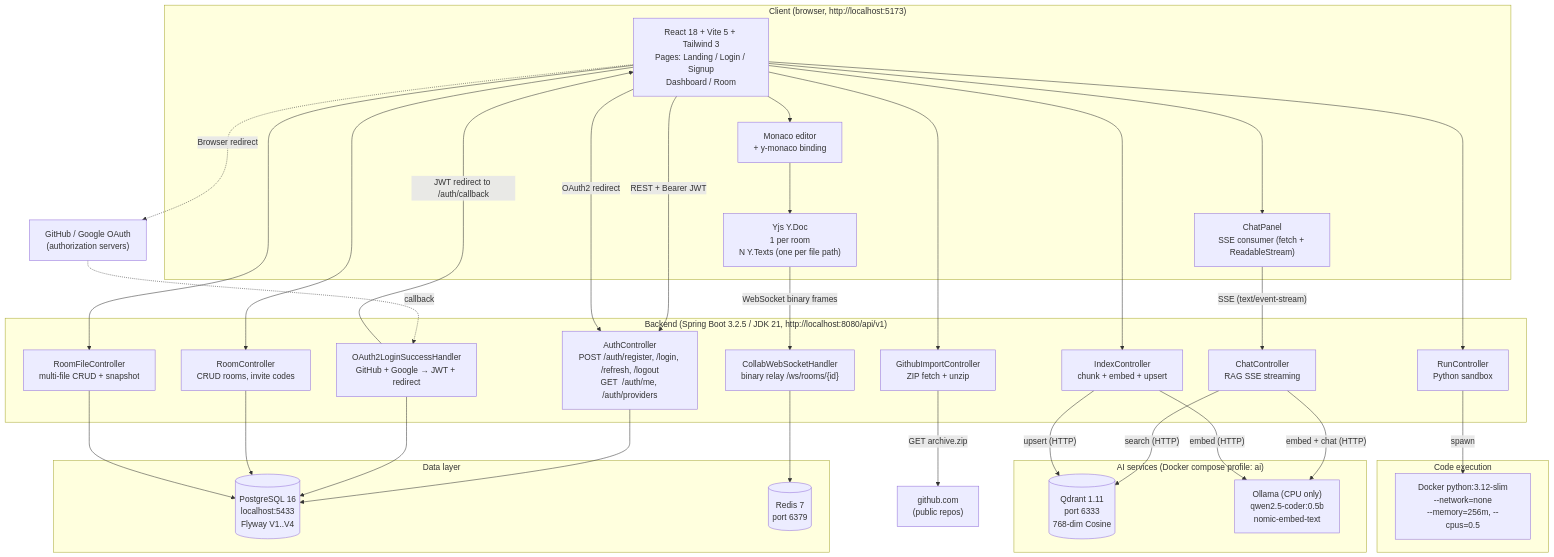
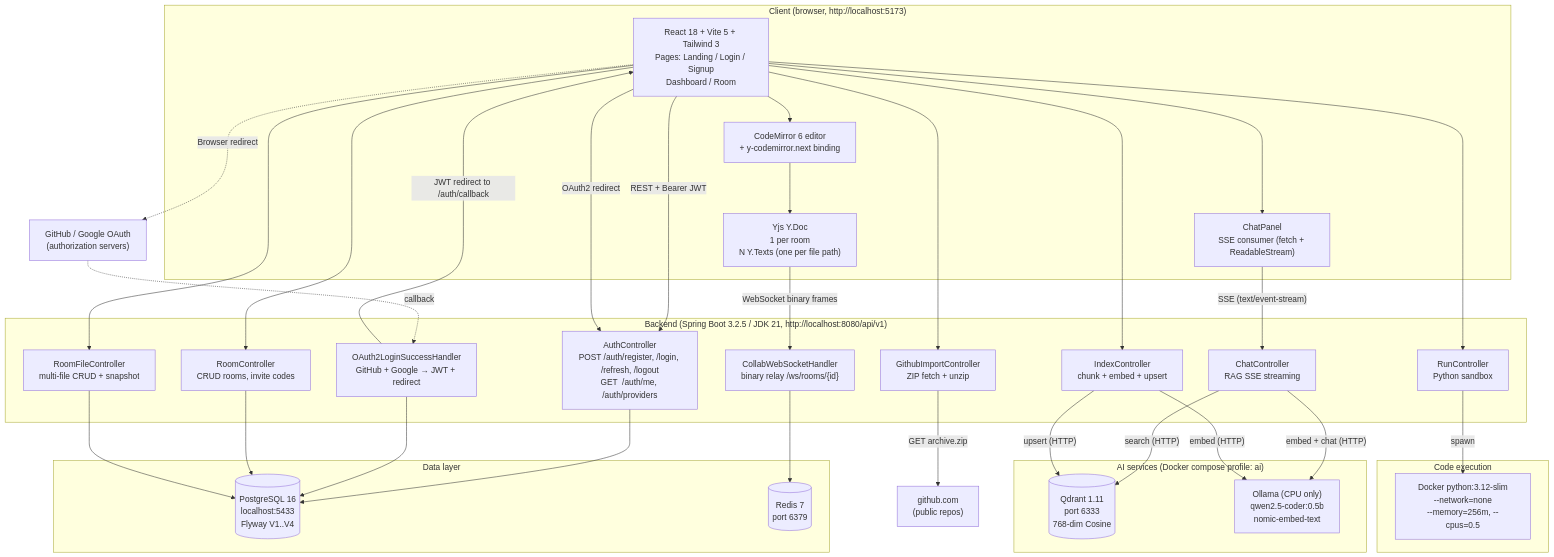
One commit to Dev14Ayoub/Codeleon changed the diagram in docs/uml/component-diagram.md. Above: the diagram before and after it, drawn with Mermaid. The commit also changed 10 other files, not shown here.

Commit message:
refactor(frontend): migrate room editor to CodeMirror 6

````diff
--- a/docs/uml/component-diagram.md
+++ b/docs/uml/component-diagram.md
@@ -7,69 +7,69 @@
 ```mermaid
 flowchart TB
     subgraph Client["Client (browser, http://localhost:5173)"]
         UI["React 18 + Vite 5 + Tailwind 3<br/>Pages: Landing / Login / Signup<br/>Dashboard / Room"]
-        Editor["Monaco editor<br/>+ y-monaco binding"]
+        Editor["CodeMirror 6 editor<br/>+ y-codemirror.next binding"]
         Yjs["Yjs Y.Doc<br/>1 per room<br/>N Y.Texts (one per file path)"]
         Chat["ChatPanel<br/>SSE consumer (fetch + ReadableStream)"]
         UI --> Editor
         Editor --> Yjs
         UI --> Chat
     end
 
     subgraph Backend["Backend (Spring Boot 3.2.5 / JDK 21, http://localhost:8080/api/v1)"]
         Auth["AuthController<br/>POST /auth/register, /login, /refresh, /logout<br/>GET  /auth/me, /auth/providers"]
         OAuth["OAuth2LoginSuccessHandler<br/>GitHub + Google → JWT + redirect"]
         RoomCtrl["RoomController<br/>CRUD rooms, invite codes"]
         FileCtrl["RoomFileController<br/>multi-file CRUD + snapshot"]
         Run["RunController<br/>Python sandbox"]
         ChatCtrl["ChatController<br/>RAG SSE streaming"]
         Idx["IndexController<br/>chunk + embed + upsert"]
         GH["GithubImportController<br/>ZIP fetch + unzip"]
         WS["CollabWebSocketHandler<br/>binary relay /ws/rooms/{id}"]
     end
 
     subgraph Data["Data layer"]
         PG[("PostgreSQL 16<br/>localhost:5433<br/>Flyway V1..V4")]
         Redis[("Redis 7<br/>port 6379")]
     end
 
     subgraph AI["AI services (Docker compose profile: ai)"]
         Qdrant[("Qdrant 1.11<br/>port 6333<br/>768-dim Cosine")]
         Ollama["Ollama (CPU only)<br/>qwen2.5-coder:0.5b<br/>nomic-embed-text"]
     end
 
     subgraph Sandbox["Code execution"]
         DockerRun["Docker python:3.12-slim<br/>--network=none<br/>--memory=256m, --cpus=0.5"]
     end
 
     GHcom["github.com<br/>(public repos)"]
     Browser_OAuth["GitHub / Google OAuth<br/>(authorization servers)"]
 
     UI -- "REST + Bearer JWT" --> Auth
     UI --> RoomCtrl
     UI --> FileCtrl
     UI --> Run
     Chat -- "SSE (text/event-stream)" --> ChatCtrl
     UI --> Idx
     UI --> GH
     UI -- "OAuth2 redirect" --> Auth
     UI -. "Browser redirect" .-> Browser_OAuth
     Browser_OAuth -. "callback" .-> OAuth
     OAuth -- "JWT redirect to /auth/callback" --> UI
 
     Yjs -- "WebSocket binary frames" --> WS
     Auth --> PG
     OAuth --> PG
     RoomCtrl --> PG
     FileCtrl --> PG
     WS --> Redis
 
     ChatCtrl -- "embed + chat (HTTP)" --> Ollama
     ChatCtrl -- "search (HTTP)" --> Qdrant
     Idx -- "embed (HTTP)" --> Ollama
     Idx -- "upsert (HTTP)" --> Qdrant
 
     Run -- "spawn" --> DockerRun
 
     GH -- "GET archive.zip" --> GHcom
 ```
````
